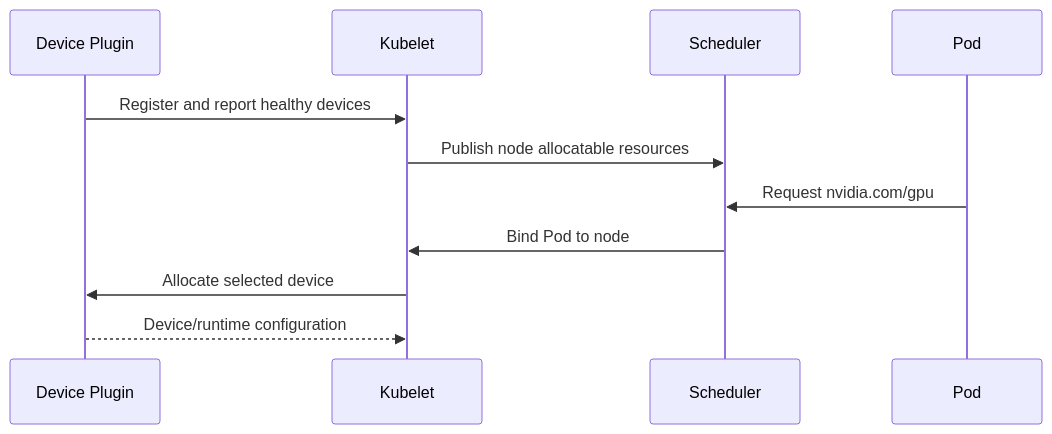
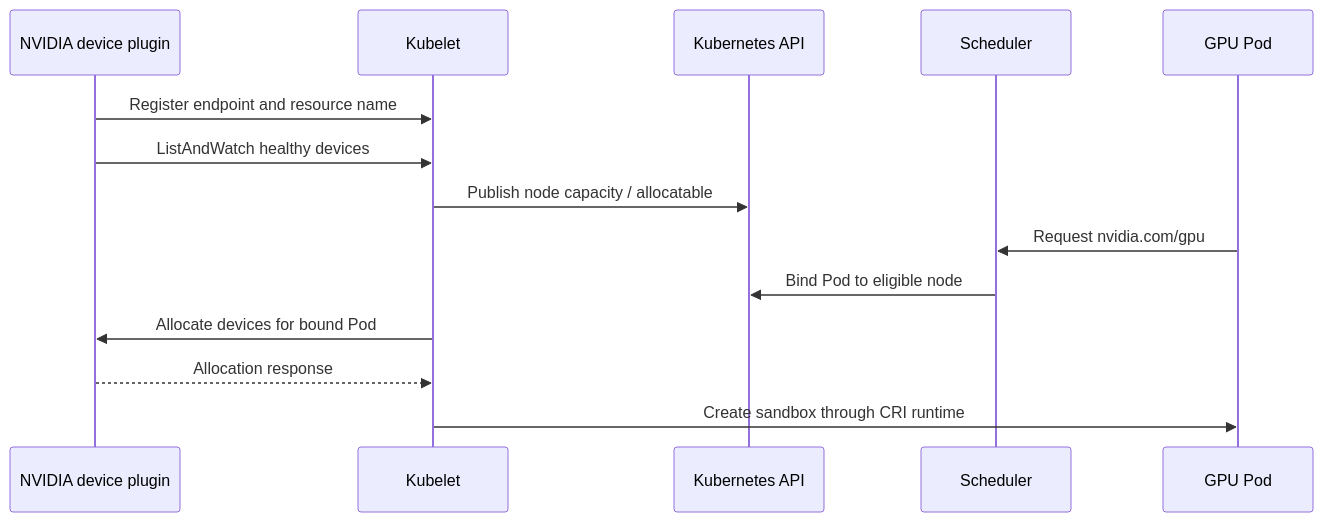
The diagram in docs/nvidia-zero-to-hero/volume-10/chapter-04-device-plugin-and-kubernetes-resource-model.md (jithinpnjm/nvidia-devops), drawn with Mermaid before and after one commit. The commit also changed other lines of this file and 4 other files, not shown here.

````diff
--- a/docs/nvidia-zero-to-hero/volume-10/chapter-04-device-plugin-and-kubernetes-resource-model.md
+++ b/docs/nvidia-zero-to-hero/volume-10/chapter-04-device-plugin-and-kubernetes-resource-model.md
@@ -18,13 +26,16 @@
 ```mermaid
 sequenceDiagram
-    participant DP as Device Plugin
+    participant DP as NVIDIA device plugin
     participant K as Kubelet
+    participant API as Kubernetes API
     participant S as Scheduler
-    participant P as Pod
-    DP->>K: Register and report healthy devices
-    K->>S: Publish node allocatable resources
+    participant P as GPU Pod
+    DP->>K: Register endpoint and resource name
+    DP->>K: ListAndWatch healthy devices
+    K->>API: Publish node capacity / allocatable
     P->>S: Request nvidia.com/gpu
-    S->>K: Bind Pod to node
-    K->>DP: Allocate selected device
-    DP-->>K: Device/runtime configuration
+    S->>API: Bind Pod to eligible node
+    K->>DP: Allocate devices for bound Pod
+    DP-->>K: Allocation response
+    K->>P: Create sandbox through CRI runtime
 ```
````
